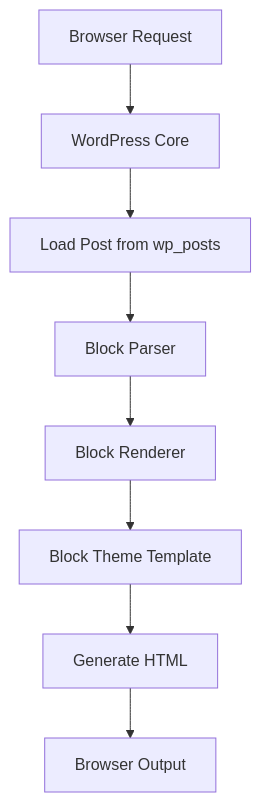
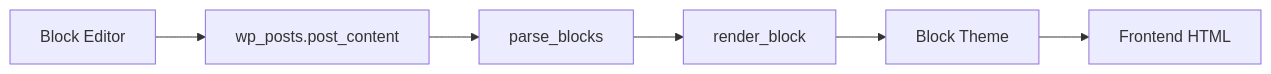
Before and after one commit to devmuhib009/block-editor: the first of 4 diagrams in README.md, drawn with Mermaid.

````diff
--- a/README.md
+++ b/README.md
@@ -49,19 +49,15 @@
 ```mermaid
-flowchart TD
-    browser["Browser Request"]
-    core["WordPress Core"]
-    db["Load Post from wp_posts"]
-    parser["Block Parser"]
-    renderer["Block Renderer"]
-    template["Block Theme Template"]
-    html["Generate HTML"]
-    output["Browser Output"]
+flowchart LR
+    editor["Block Editor"]
+    database["wp_posts.post_content"]
+    parser["parse_blocks"]
+    renderer["render_block"]
+    theme["Block Theme"]
+    frontend["Frontend HTML"]
 
-    browser --> core
-    core --> db
-    db --> parser
+    editor --> database
+    database --> parser
     parser --> renderer
-    renderer --> template
-    template --> html
-    html --> output
+    renderer --> theme
+    theme --> frontend
 ```
````
